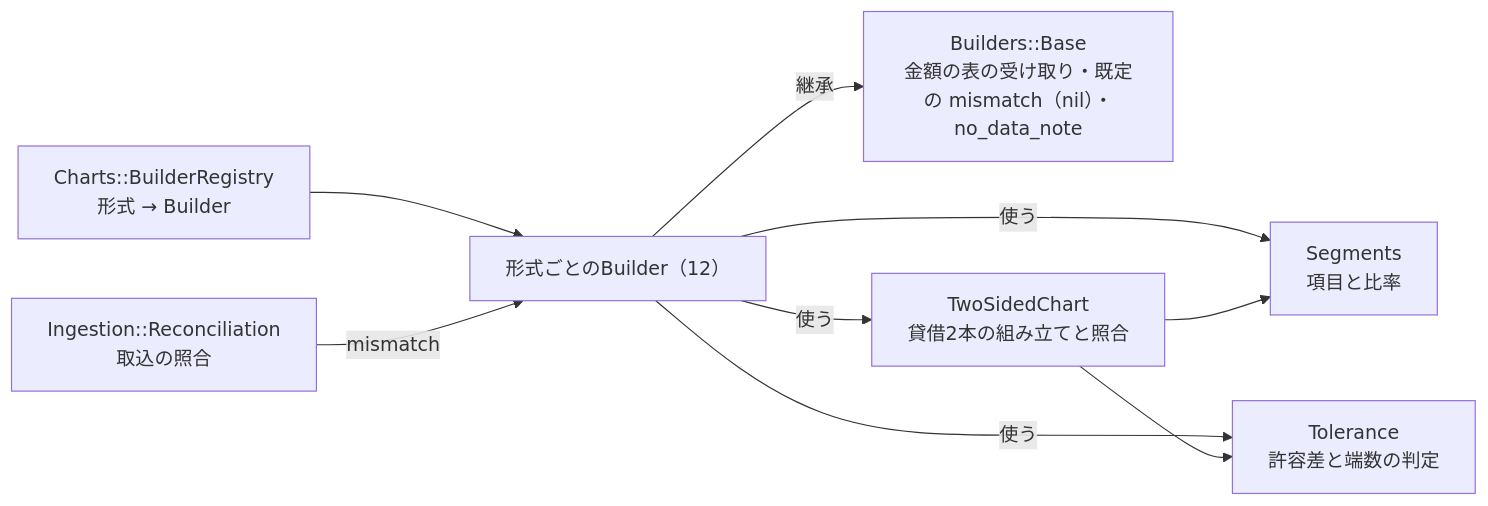
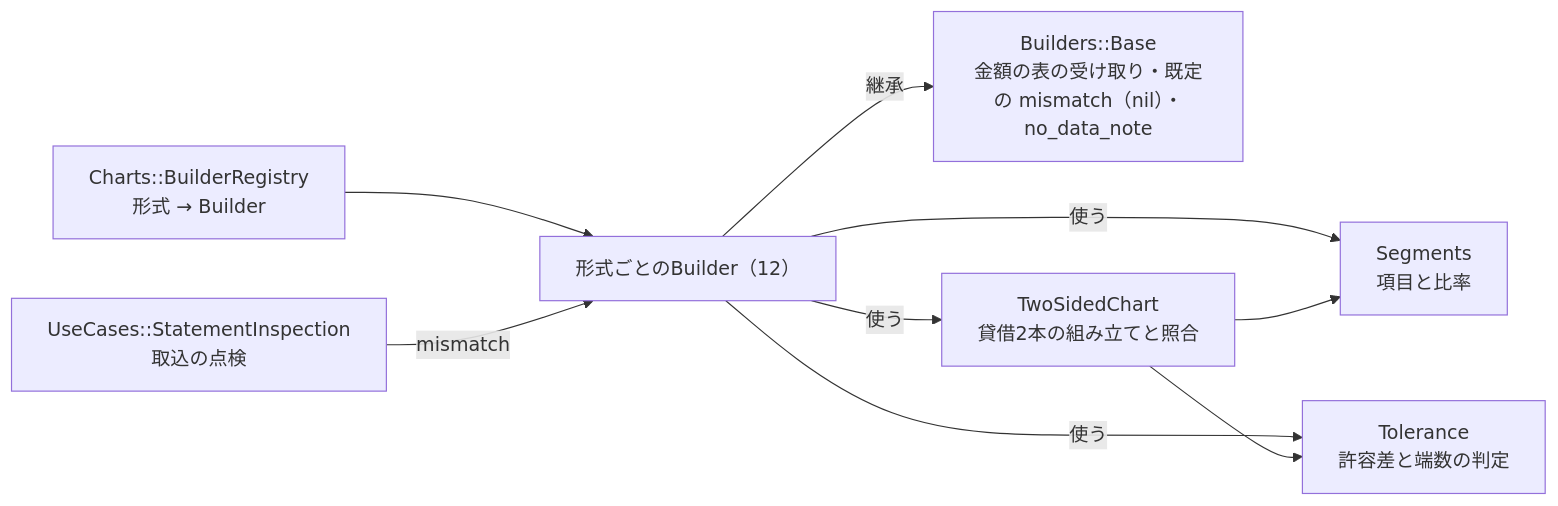
One commit to shin4488/financial-statement changed diagram 12 of 12 in docs/guide/03_data_flow.md. Above: the diagram before and after it, drawn with Mermaid. The commit also changed other lines of this file and 19 other files, not shown here.

````diff
--- a/docs/guide/03_data_flow.md
+++ b/docs/guide/03_data_flow.md
@@ -524,11 +568,11 @@
 ```mermaid
 flowchart LR
     Reg["Charts::BuilderRegistry<br>形式 → Builder"] --> B["形式ごとのBuilder（12）"]
-    Rec["Ingestion::Reconciliation<br>取込の照合"] -->|mismatch| B
+    Rec["UseCases::StatementInspection<br>取込の点検"] -->|mismatch| B
     B -->|継承| Base["Builders::Base<br>金額の表の受け取り・既定の mismatch（nil）・no_data_note"]
     B -->|使う| T["TwoSidedChart<br>貸借2本の組み立てと照合"]
     B -->|使う| S["Segments<br>項目と比率"]
     B -->|使う| Tol["Tolerance<br>許容差と端数の判定"]
     T --> S
     T --> Tol
 ```
````
